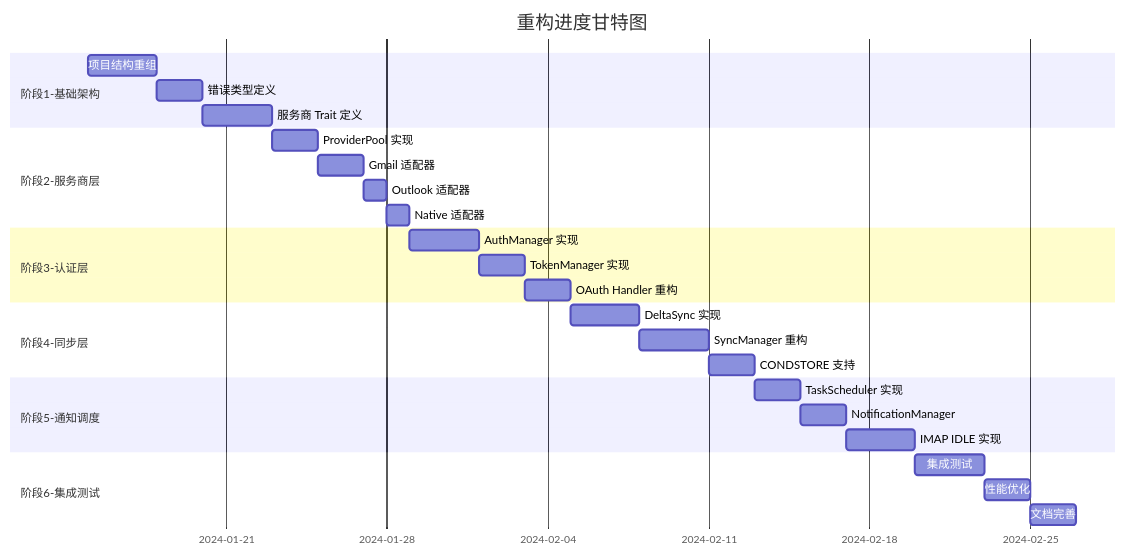
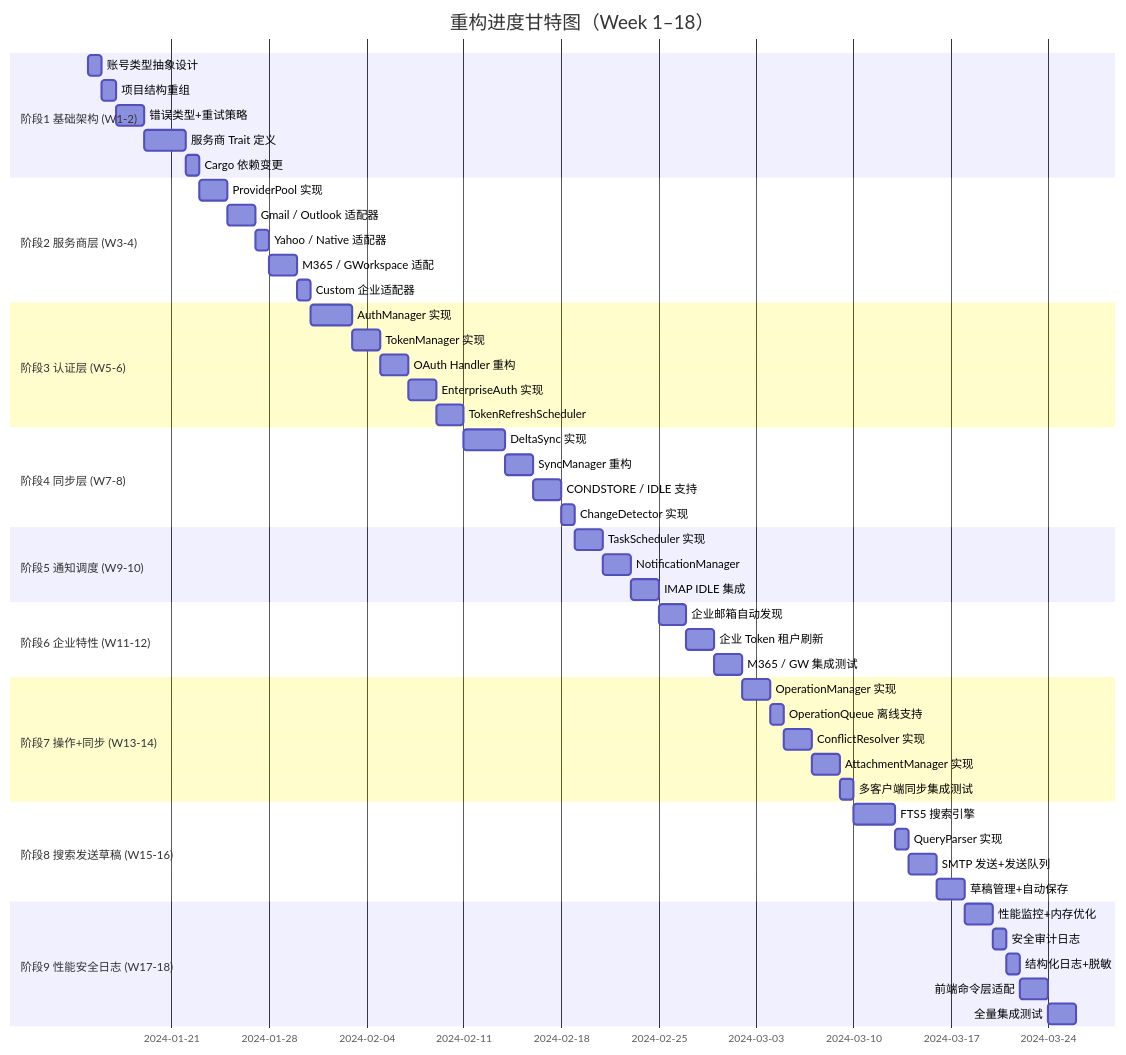
The diagram in docs/refactoring-plan.md (spartajet/postium-mail), drawn with Mermaid before and after one commit. The commit also changed other lines of this file and 1 other file, not shown here.

````diff
--- a/docs/refactoring-plan.md
+++ b/docs/refactoring-plan.md
@@ -327,35 +327,62 @@
 ```mermaid
 gantt
-    title 重构进度甘特图
+    title 重构进度甘特图（Week 1–18）
     dateFormat  YYYY-MM-DD
-    section 阶段1-基础架构
-    项目结构重组           :a1, 2024-01-15, 3d
-    错误类型定义           :a2, after a1, 2d
-    服务商 Trait 定义      :a3, after a2, 3d
-    
-    section 阶段2-服务商层
-    ProviderPool 实现      :b1, after a3, 2d
-    Gmail 适配器           :b2, after b1, 2d
-    Outlook 适配器         :b3, after b2, 1d
-    Native 适配器          :b4, after b3, 1d
-    
-    section 阶段3-认证层
-    AuthManager 实现       :c1, after b4, 3d
-    TokenManager 实现      :c2, after c1, 2d
-    OAuth Handler 重构     :c3, after c2, 2d
-    
-    section 阶段4-同步层
-    DeltaSync 实现         :d1, after c3, 3d
-    SyncManager 重构       :d2, after d1, 3d
-    CONDSTORE 支持         :d3, after d2, 2d
-    
-    section 阶段5-通知调度
-    TaskScheduler 实现     :e1, after d3, 2d
-    NotificationManager    :e2, after e1, 2d
-    IMAP IDLE 实现         :e3, after e2, 3d
-    
-    section 阶段6-集成测试
-    集成测试               :f1, after e3, 3d
-    性能优化               :f2, after f1, 2d
-    文档完善               :f3, after f2, 2d
+
+    section 阶段1 基础架构 (W1-2)
+    账号类型抽象设计        :a0, 2024-01-15, 1d
+    项目结构重组            :a1, after a0, 1d
+    错误类型+重试策略       :a2, after a1, 2d
+    服务商 Trait 定义       :a3, after a2, 3d
+    Cargo 依赖变更          :a4, after a3, 1d
+
+    section 阶段2 服务商层 (W3-4)
+    ProviderPool 实现       :b1, after a4, 2d
+    Gmail / Outlook 适配器  :b2, after b1, 2d
+    Yahoo / Native 适配器   :b3, after b2, 1d
+    M365 / GWorkspace 适配  :b4, after b3, 2d
+    Custom 企业适配器       :b5, after b4, 1d
+
+    section 阶段3 认证层 (W5-6)
+    AuthManager 实现        :c1, after b5, 3d
+    TokenManager 实现       :c2, after c1, 2d
+    OAuth Handler 重构      :c3, after c2, 2d
+    EnterpriseAuth 实现     :c4, after c3, 2d
+    TokenRefreshScheduler   :c5, after c4, 2d
+
+    section 阶段4 同步层 (W7-8)
+    DeltaSync 实现          :d1, after c5, 3d
+    SyncManager 重构        :d2, after d1, 2d
+    CONDSTORE / IDLE 支持   :d3, after d2, 2d
+    ChangeDetector 实现     :d4, after d3, 1d
+
+    section 阶段5 通知调度 (W9-10)
+    TaskScheduler 实现      :e1, after d4, 2d
+    NotificationManager     :e2, after e1, 2d
+    IMAP IDLE 集成          :e3, after e2, 2d
+
+    section 阶段6 企业特性 (W11-12)
+    企业邮箱自动发现        :f1, after e3, 2d
+    企业 Token 租户刷新     :f2, after f1, 2d
+    M365 / GW 集成测试      :f3, after f2, 2d
+
+    section 阶段7 操作+同步 (W13-14)
+    OperationManager 实现   :g1, after f3, 2d
+    OperationQueue 离线支持 :g2, after g1, 1d
+    ConflictResolver 实现   :g3, after g2, 2d
+    AttachmentManager 实现  :g4, after g3, 2d
+    多客户端同步集成测试    :g5, after g4, 1d
+
+    section 阶段8 搜索发送草稿 (W15-16)
+    FTS5 搜索引擎           :h1, after g5, 3d
+    QueryParser 实现        :h2, after h1, 1d
+    SMTP 发送+发送队列      :h3, after h2, 2d
+    草稿管理+自动保存       :h4, after h3, 2d
+
+    section 阶段9 性能安全日志 (W17-18)
+    性能监控+内存优化       :i1, after h4, 2d
+    安全审计日志            :i2, after i1, 1d
+    结构化日志+脱敏         :i3, after i2, 1d
+    前端命令层适配          :i4, after i3, 2d
+    全量集成测试            :i5, after i4, 2d
 ```
````
